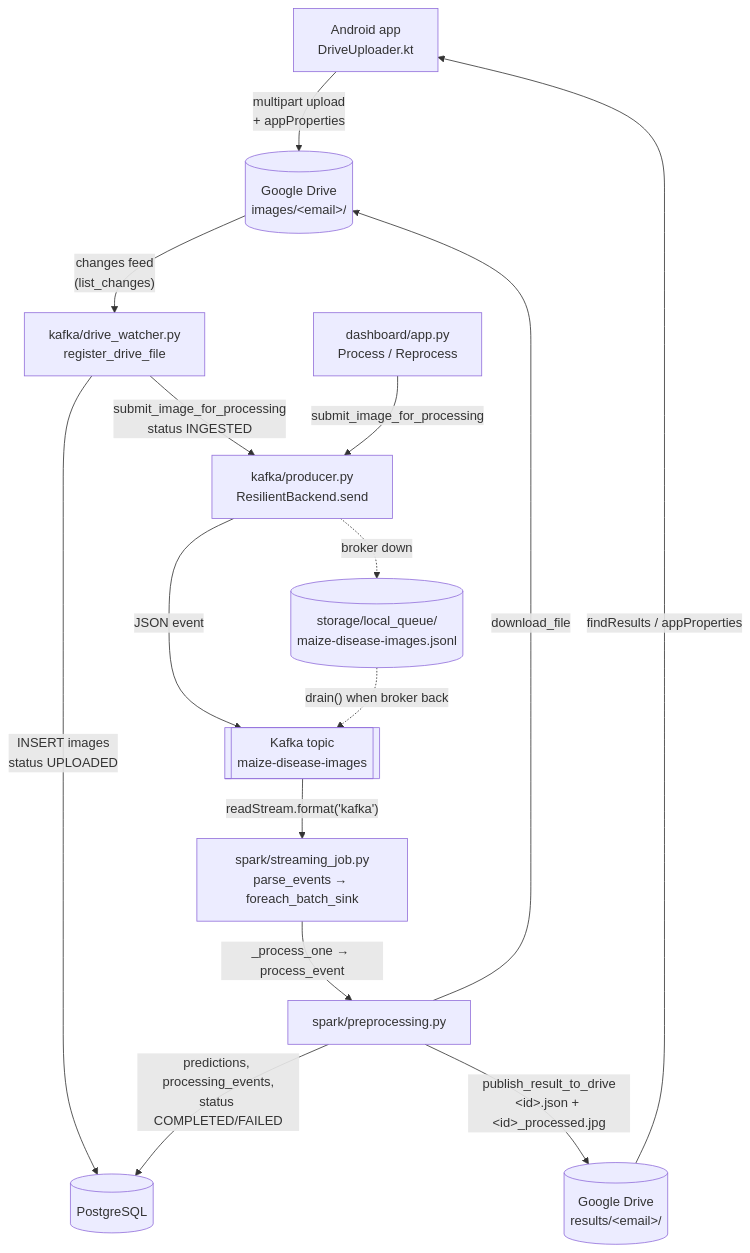
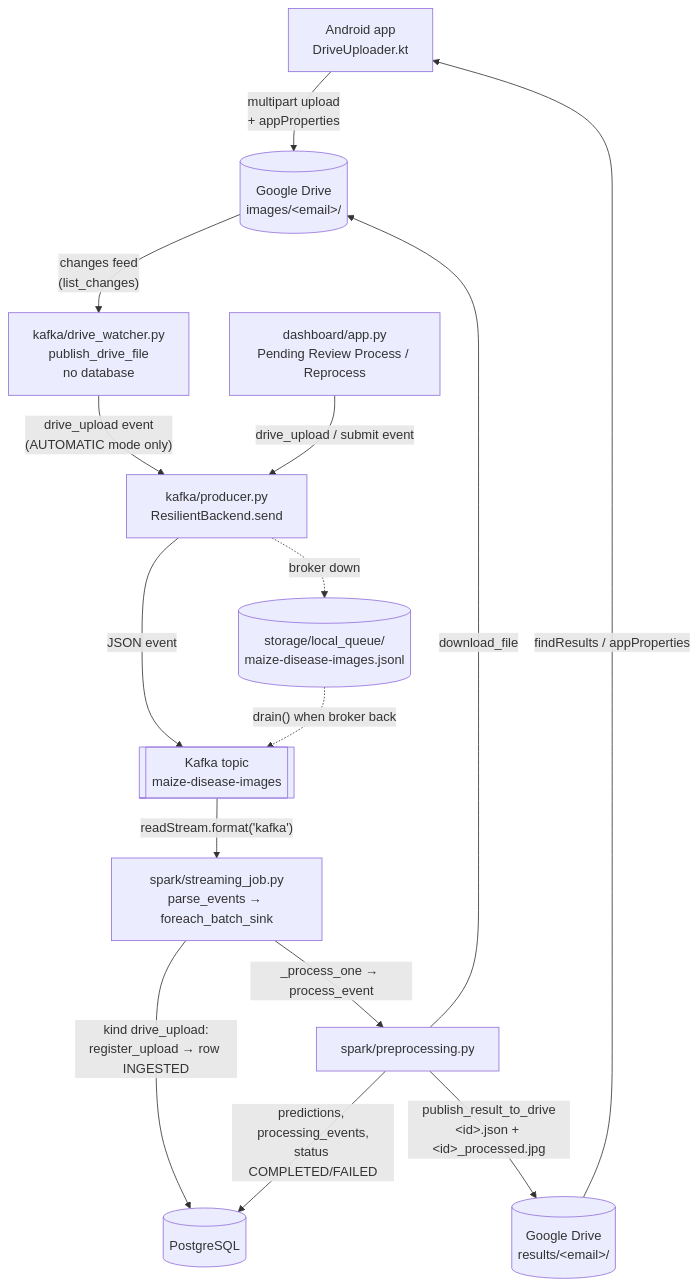
Before and after one commit to AOD-collab/-crop-disease-ews: the first of 5 diagrams in Kafka_Spark_Drive_Code_Explanation.md, drawn with Mermaid. The commit also changed other lines of this file and 9 other files, not shown here.

````diff
--- a/Kafka_Spark_Drive_Code_Explanation.md
+++ b/Kafka_Spark_Drive_Code_Explanation.md
@@ -71,17 +71,17 @@
 ```mermaid
 flowchart TD
     A[Android app<br/>DriveUploader.kt] -- "multipart upload<br/>+ appProperties" --> D1[(Google Drive<br/>images/&lt;email&gt;/)]
-    D1 -- "changes feed<br/>(list_changes)" --> W[kafka/drive_watcher.py<br/>register_drive_file]
-    W -- "INSERT images<br/>status UPLOADED" --> DB[(PostgreSQL)]
-    W -- "submit_image_for_processing<br/>status INGESTED" --> P[kafka/producer.py<br/>ResilientBackend.send]
+    D1 -- "changes feed<br/>(list_changes)" --> W[kafka/drive_watcher.py<br/>publish_drive_file<br/>no database]
+    W -- "drive_upload event<br/>(AUTOMATIC mode only)" --> P[kafka/producer.py<br/>ResilientBackend.send]
     P -- "JSON event" --> K[[Kafka topic<br/>maize-disease-images]]
     P -. "broker down" .-> Q[(storage/local_queue/<br/>maize-disease-images.jsonl)]
     Q -. "drain() when broker back" .-> K
     K -- "readStream.format('kafka')" --> S[spark/streaming_job.py<br/>parse_events → foreach_batch_sink]
+    S -- "kind drive_upload:<br/>register_upload → row INGESTED" --> DB[(PostgreSQL)]
     S -- "_process_one → process_event" --> PRE[spark/preprocessing.py]
     PRE -- "download_file" --> D1
     PRE -- "predictions, processing_events,<br/>status COMPLETED/FAILED" --> DB
     PRE -- "publish_result_to_drive<br/>&lt;id&gt;.json + &lt;id&gt;_processed.jpg" --> D2[(Google Drive<br/>results/&lt;email&gt;/)]
     D2 -- "findResults / appProperties" --> A
-    DASH[dashboard/app.py<br/>Process / Reprocess] -- "submit_image_for_processing" --> P
+    DASH[dashboard/app.py<br/>Pending Review Process / Reprocess] -- "drive_upload / submit event" --> P
 ```
````
